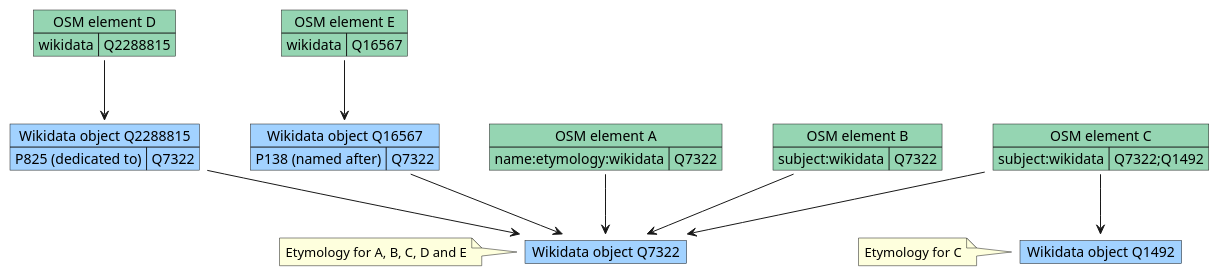
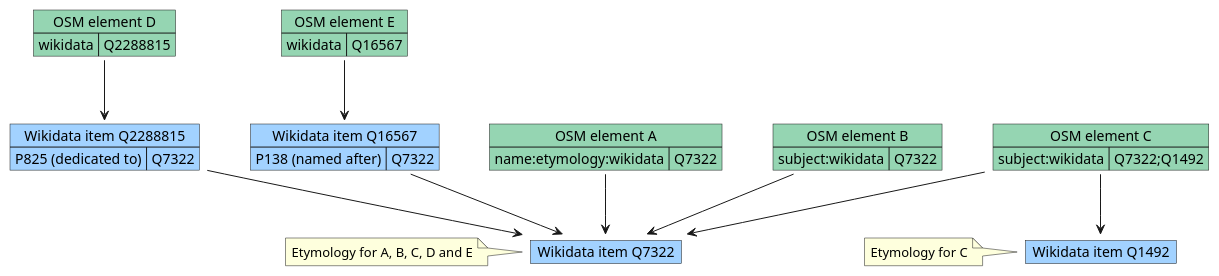
The first of 3 diagrams in CONTRIBUTING.md (Danysan1/osm-wikidata-map-framework), drawn with PlantUML before and after one commit. The commit also changed other lines of this file, not shown here.

Commit message:
Wikidata item

````diff
--- a/CONTRIBUTING.md
+++ b/CONTRIBUTING.md
@@ -42,42 +42,42 @@
 ```plantuml
 @startuml
-map "Wikidata object Q7322" as wikia #a2d2ff {
+map "Wikidata item Q7322" as wikia #a2d2ff {
 
 }
-map "Wikidata object Q1492" as wikib #a2d2ff {
+map "Wikidata item Q1492" as wikib #a2d2ff {
 
 }
-map "Wikidata object Q2288815" as wikic #a2d2ff {
+map "Wikidata item Q2288815" as wikic #a2d2ff {
   P825 (dedicated to) => Q7322
 }
-map "Wikidata object Q16567" as wikid #a2d2ff {
+map "Wikidata item Q16567" as wikid #a2d2ff {
   P138 (named after) => Q7322
 }
 map "OSM element A" as osma #95d5b2 {
   name:etymology:wikidata => Q7322
 }
 map "OSM element B" as osmb #95d5b2 {
   subject:wikidata => Q7322
 }
 map "OSM element C" as osmc #95d5b2 {
   subject:wikidata => Q7322;Q1492
 }
 map "OSM element D" as osmd #95d5b2 {
   wikidata => Q2288815
 }
 map "OSM element E" as osme #95d5b2 {
   wikidata => Q16567
 }
 
 osma --> wikia
 osmb --> wikia
 osmc --> wikia
 osmc --> wikib
 osmd --> wikic
 osme --> wikid
 wikic --> wikia
 wikid --> wikia
 note left of wikia: Etymology for A, B, C, D and E
 note left of wikib: Etymology for C
 @enduml
 ```
````
